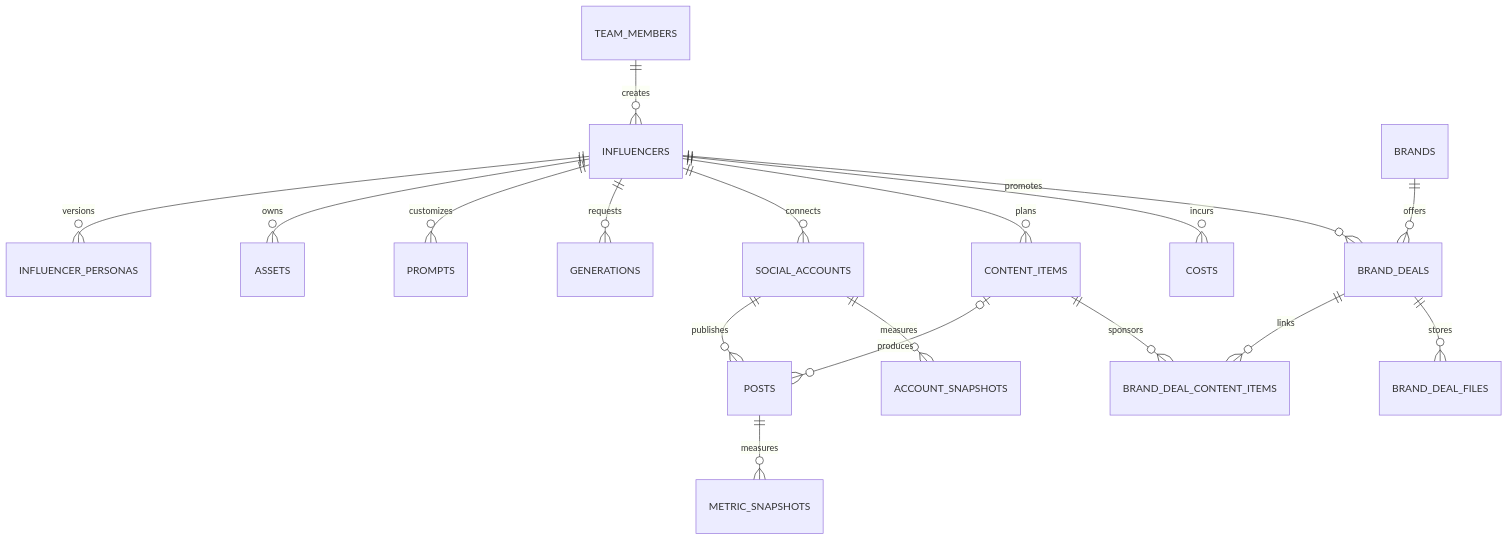
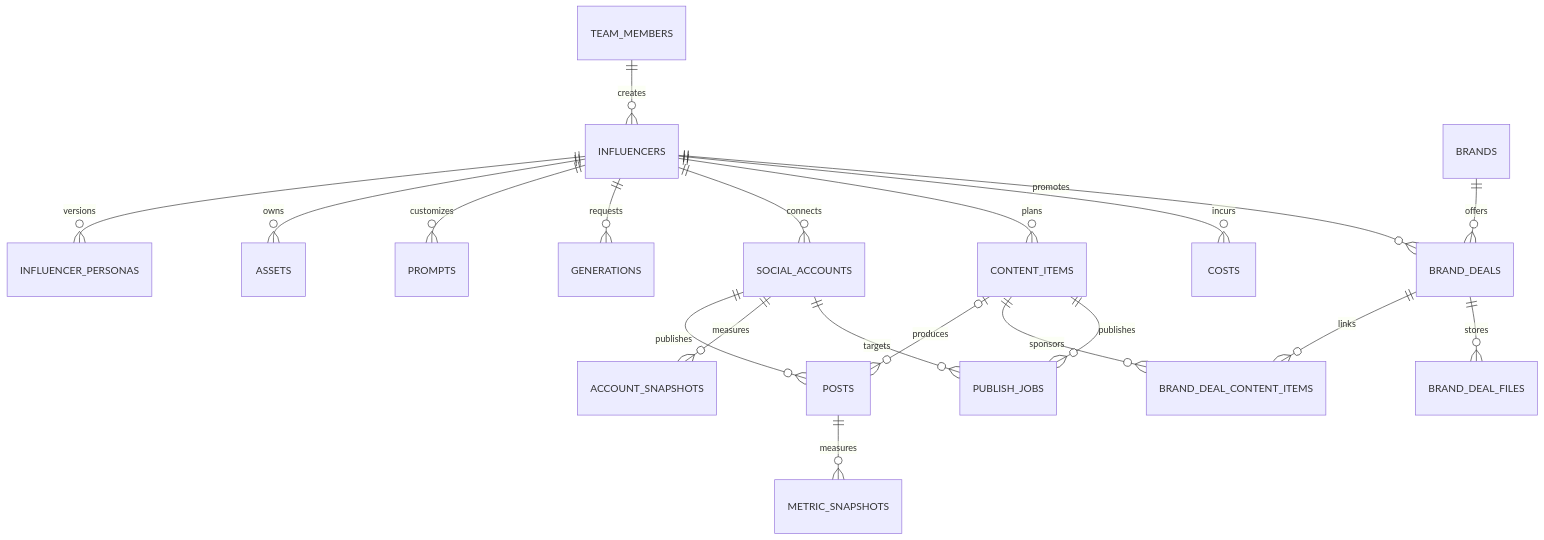
One commit to EBALCW/ai-influencer changed the diagram in docs/data-model.md. Above: the diagram before and after it, drawn with Mermaid. The commit also changed other lines of this file and 13 other files, not shown here.

````diff
--- a/docs/data-model.md
+++ b/docs/data-model.md
@@ -7,20 +7,22 @@
 ```mermaid
 erDiagram
   TEAM_MEMBERS ||--o{ INFLUENCERS : creates
   INFLUENCERS ||--o{ INFLUENCER_PERSONAS : versions
   INFLUENCERS ||--o{ ASSETS : owns
   INFLUENCERS ||--o{ PROMPTS : customizes
   INFLUENCERS ||--o{ GENERATIONS : requests
   INFLUENCERS ||--o{ SOCIAL_ACCOUNTS : connects
   INFLUENCERS ||--o{ CONTENT_ITEMS : plans
   SOCIAL_ACCOUNTS ||--o{ POSTS : publishes
   CONTENT_ITEMS o|--o{ POSTS : produces
   POSTS ||--o{ METRIC_SNAPSHOTS : measures
   SOCIAL_ACCOUNTS ||--o{ ACCOUNT_SNAPSHOTS : measures
   INFLUENCERS ||--o{ COSTS : incurs
   BRANDS ||--o{ BRAND_DEALS : offers
   INFLUENCERS ||--o{ BRAND_DEALS : promotes
   BRAND_DEALS ||--o{ BRAND_DEAL_CONTENT_ITEMS : links
   CONTENT_ITEMS ||--o{ BRAND_DEAL_CONTENT_ITEMS : sponsors
+  CONTENT_ITEMS ||--o{ PUBLISH_JOBS : publishes
+  SOCIAL_ACCOUNTS ||--o{ PUBLISH_JOBS : targets
   BRAND_DEALS ||--o{ BRAND_DEAL_FILES : stores
 ```
````
